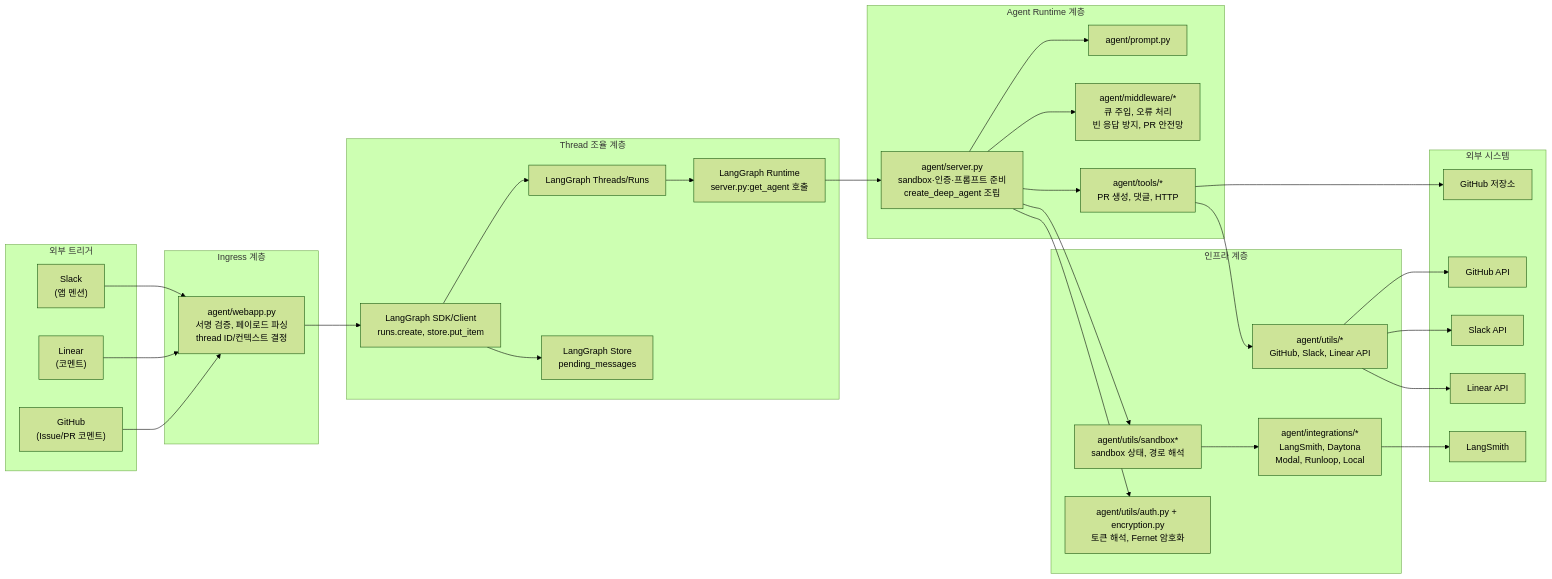
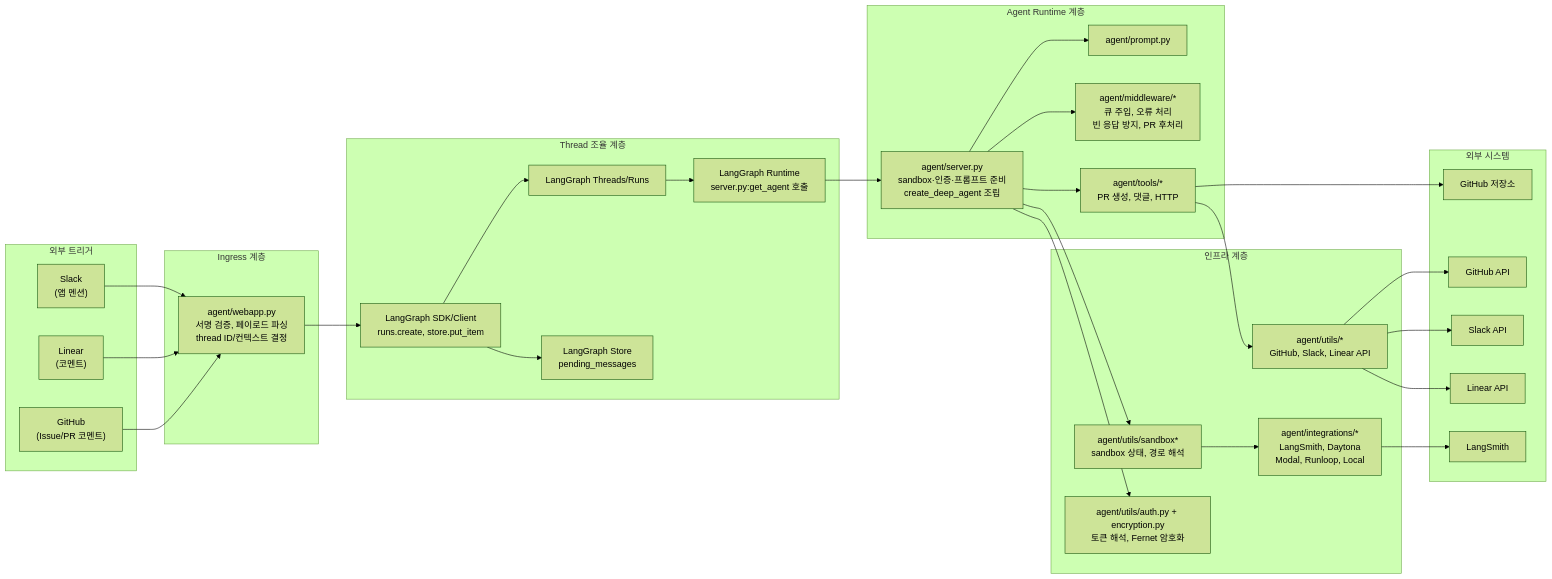
The first of 9 diagrams in docs/open-swe/00-diagram.md (kimchanhyung98/agentic-workflows), drawn with Mermaid (forest theme) before and after one commit. The commit also changed other lines of this file and 2 other files, not shown here.

````diff
--- a/docs/open-swe/00-diagram.md
+++ b/docs/open-swe/00-diagram.md
@@ -5,65 +5,65 @@
 ```mermaid
 flowchart LR
     subgraph External["외부 트리거"]
         Slack["Slack<br/>(앱 멘션)"]
         Linear["Linear<br/>(코멘트)"]
         GitHub["GitHub<br/>(Issue/PR 코멘트)"]
     end
 
     subgraph Ingress["Ingress 계층"]
         WebApp["agent/webapp.py<br/>서명 검증, 페이로드 파싱<br/>thread ID/컨텍스트 결정"]
     end
 
     subgraph Coordination["Thread 조율 계층"]
         Client["LangGraph SDK/Client<br/>runs.create, store.put_item"]
         Threads["LangGraph Threads/Runs"]
         Store["LangGraph Store<br/>pending_messages"]
         Platform["LangGraph Runtime<br/>server.py:get_agent 호출"]
     end
 
     subgraph Runtime["Agent Runtime 계층"]
         Server["agent/server.py<br/>sandbox·인증·프롬프트 준비<br/>create_deep_agent 조립"]
         Prompt["agent/prompt.py"]
-        MW["agent/middleware/*<br/>큐 주입, 오류 처리<br/>빈 응답 방지, PR 안전망"]
+        MW["agent/middleware/*<br/>큐 주입, 오류 처리<br/>빈 응답 방지, PR 후처리"]
         Tools["agent/tools/*<br/>PR 생성, 댓글, HTTP"]
     end
 
     subgraph Infra["인프라 계층"]
         SandboxUtils["agent/utils/sandbox*<br/>sandbox 상태, 경로 해석"]
         Auth["agent/utils/auth.py + encryption.py<br/>토큰 해석, Fernet 암호화"]
         Utils["agent/utils/*<br/>GitHub, Slack, Linear API"]
         SB["agent/integrations/*<br/>LangSmith, Daytona<br/>Modal, Runloop, Local"]
     end
 
     subgraph Systems["외부 시스템"]
         Repo["GitHub 저장소"]
         GHAPI["GitHub API"]
         SLAPI["Slack API"]
         LNAPI["Linear API"]
         LS["LangSmith"]
     end
 
     Slack --> WebApp
     Linear --> WebApp
     GitHub --> WebApp
 
     WebApp --> Client
     Client --> Threads
     Client --> Store
     Threads --> Platform
 
     Platform --> Server
     Server --> Prompt
     Server --> MW
     Server --> Tools
     Server --> SandboxUtils
     Server --> Auth
 
     SandboxUtils --> SB
     SB --> LS
     Tools --> Utils
     Utils --> GHAPI
     Utils --> SLAPI
     Utils --> LNAPI
     Tools --> Repo
 ```
````
